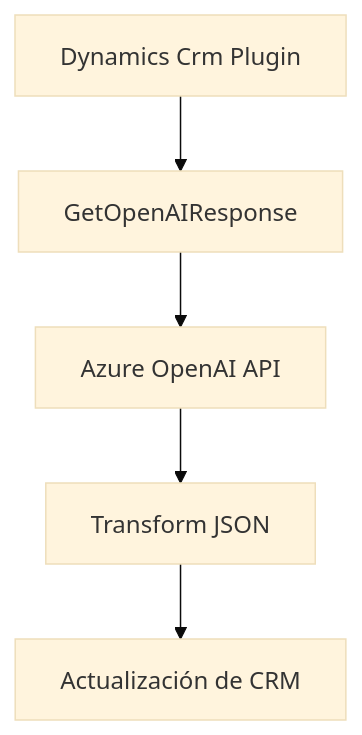
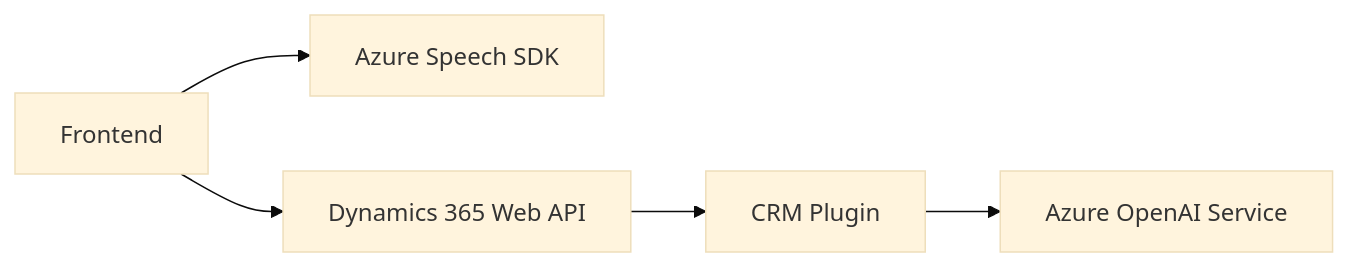
The diagram in README.md (blopezdm/NETCORE_BILBAO2025), drawn with Mermaid (base theme) before and after one commit. The commit also changed other lines of this file, not shown here.

````diff
--- a/README.md
+++ b/README.md
@@ -75,13 +38,7 @@
 ```mermaid
-graph TD
-    A["Dynamics Crm Plugin"]
-    B["GetOpenAIResponse"]
-    C["Azure OpenAI API"]
-    D["Transform JSON"]
-    E["Actualización de CRM"]
-
-    A --> B
-    B --> C
-    C --> D
-    D --> E
+graph LR
+    A["Frontend"] --> B["Azure Speech SDK"]
+    A --> C["Dynamics 365 Web API"]
+    C --> D["CRM Plugin"]
+    D --> E["Azure OpenAI Service"]
 ```
````
